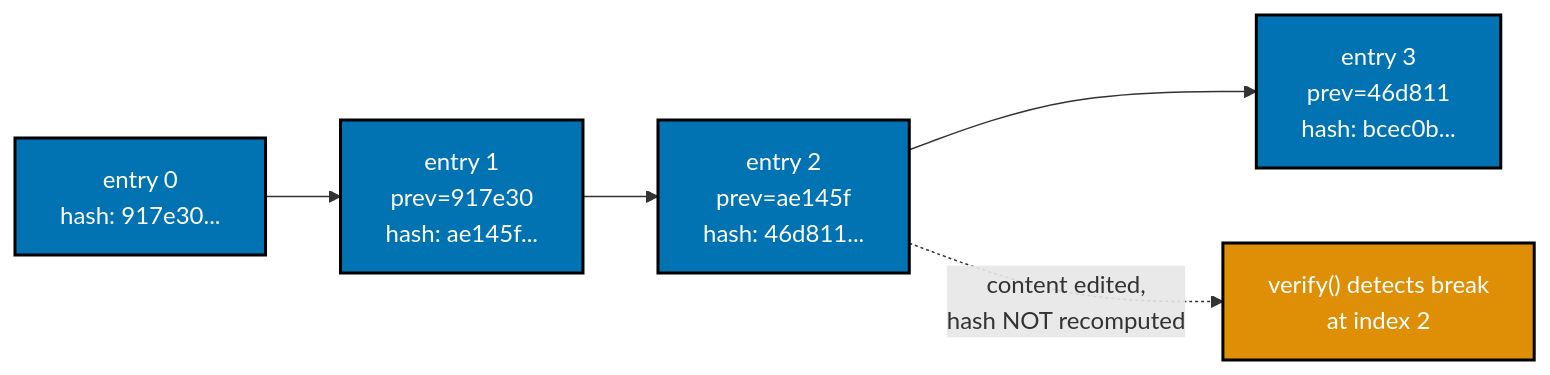
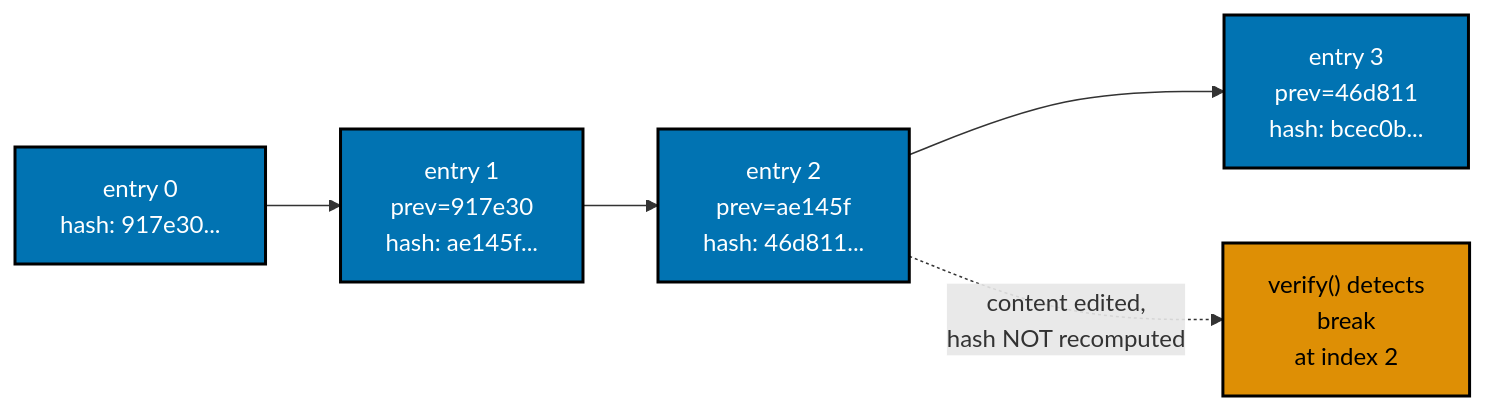
The sixth of 6 diagrams in apps/ayokoding-www/content/en/learn/courses/security-essentials/learning/advanced.md (wahidyankf/ose-public), drawn with Mermaid before and after one commit. The commit also changed other lines of this file and 145 other files, not shown here.

First line of the commit message:
fix(mermaid): bring the second half of the courses diagrams onto the accessible palette

````diff
--- a/apps/ayokoding-www/content/en/learn/courses/security-essentials/learning/advanced.md
+++ b/apps/ayokoding-www/content/en/learn/courses/security-essentials/learning/advanced.md
@@ -3212,11 +3227,14 @@
 ```mermaid
 %% Color Palette: Blue #0173B2, Teal #029E73, Orange #DE8F05
 graph LR
+    accTitle: Example 74: Audit Log Integrity via Hash Chaining
+    accDescr: Graph with 5 nodes and 4 connections. Nodes: entry 0 hash: 917e30..., entry 1 prev=917e30 hash: ae145f..., entry 2 prev=ae145f hash: 46d811..., entry 3 prev=46d811 hash: bcec0b..., verify() detects break at index 2. Connections: entry 0 hash: 917e30... to entry 1 prev=917e30 hash: ae145f..., entry 1 prev=917e30 hash: ae145f... to entry 2 prev=ae145f hash: 46d811..., entry 2 prev=ae145f hash: 46d811... to entry 3 prev=46d811 hash: bcec0b..., entry 2 prev=ae145f hash: 46d811... to verify() detects break at index 2 (content edited, hash NOT recomputed).
     E0["entry 0<br/>hash: 917e30..."]:::blue --> E1["entry 1<br/>prev=917e30<br/>hash: ae145f..."]:::blue
     E1 --> E2["entry 2<br/>prev=ae145f<br/>hash: 46d811..."]:::blue
     E2 --> E3["entry 3<br/>prev=46d811<br/>hash: bcec0b..."]:::blue
-    E2 -.->|"content edited,<br/>hash NOT recomputed"| TAMPER["verify() detects break<br/>at index 2"]:::orange
+    E2 -.->|"content edited,<br/>hash NOT recomputed"| TAMPER["verify() detects<br/>break<br/>at index 2"]:::orange
 
     classDef blue fill:#0173B2,stroke:#000000,color:#FFFFFF,stroke-width:2px
-    classDef orange fill:#DE8F05,stroke:#000000,color:#FFFFFF,stroke-width:2px
+    classDef orange fill:#DE8F05,stroke:#000000,color:#000000,stroke-width:2px
+    classDef default fill:#FFFFFF,stroke:#000000,color:#000000
 ```
````
